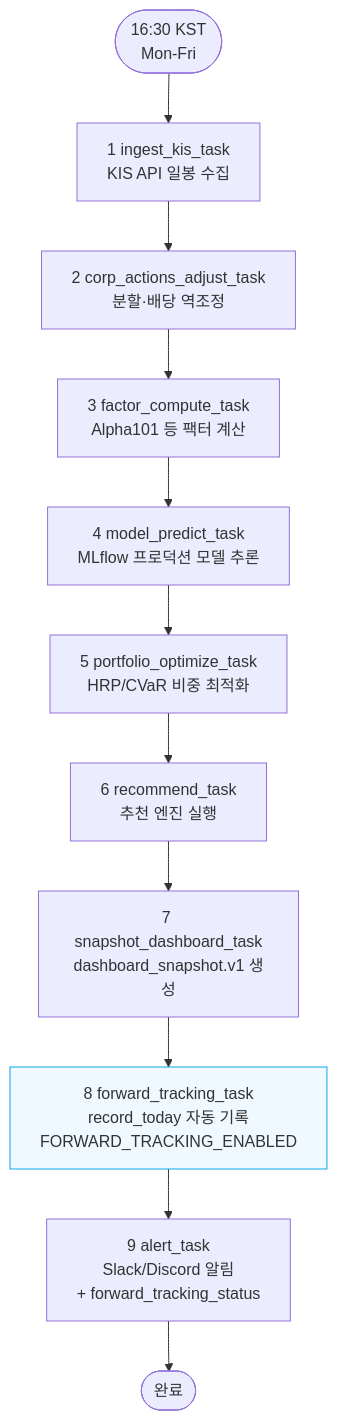
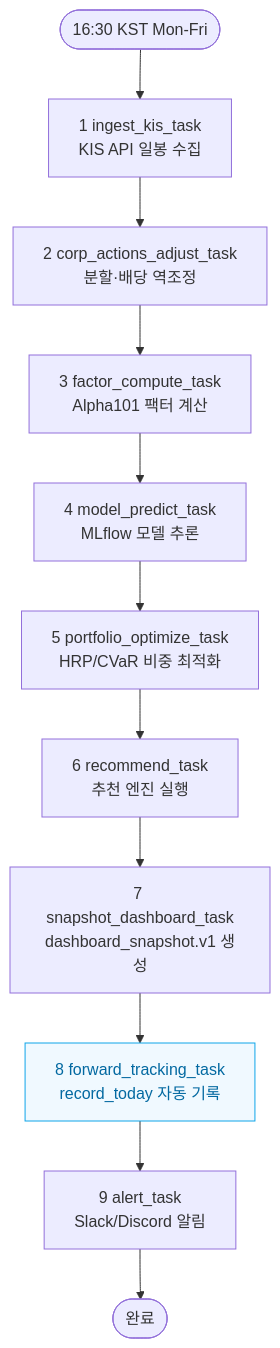
Before and after one commit to macho715/stock_hermes: the sixth of 8 diagrams in README.md, drawn with Mermaid. The commit also changed other lines of this file, not shown here.

````diff
--- a/README.md
+++ b/README.md
@@ -1546,16 +340,16 @@
 ```mermaid
 flowchart TD
-    Start([16:30 KST\nMon-Fri]) --> T1
+    Start([16:30 KST Mon-Fri]) --> T1
     T1[1 ingest_kis_task\nKIS API 일봉 수집] --> T2
     T2[2 corp_actions_adjust_task\n분할·배당 역조정] --> T3
-    T3[3 factor_compute_task\nAlpha101 등 팩터 계산] --> T4
-    T4[4 model_predict_task\nMLflow 프로덕션 모델 추론] --> T5
+    T3[3 factor_compute_task\nAlpha101 팩터 계산] --> T4
+    T4[4 model_predict_task\nMLflow 모델 추론] --> T5
     T5[5 portfolio_optimize_task\nHRP/CVaR 비중 최적화] --> T6
     T6[6 recommend_task\n추천 엔진 실행] --> T7
     T7[7 snapshot_dashboard_task\ndashboard_snapshot.v1 생성] --> T8
-    T8[8 forward_tracking_task\nrecord_today 자동 기록\nFORWARD_TRACKING_ENABLED] --> T9
-    T9[9 alert_task\nSlack/Discord 알림\n+ forward_tracking_status]
+    T8[8 forward_tracking_task\nrecord_today 자동 기록] --> T9
+    T9[9 alert_task\nSlack/Discord 알림]
     T9 --> End([완료])
 
-    style T8 fill:#f0f9ff,stroke:#0ea5e9
+    style T8 fill:#f0f9ff,stroke:#0ea5e9,color:#0369a1
 ```
````
